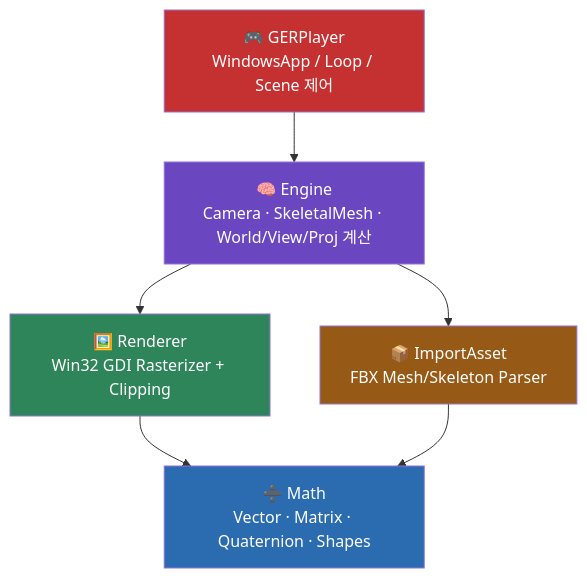
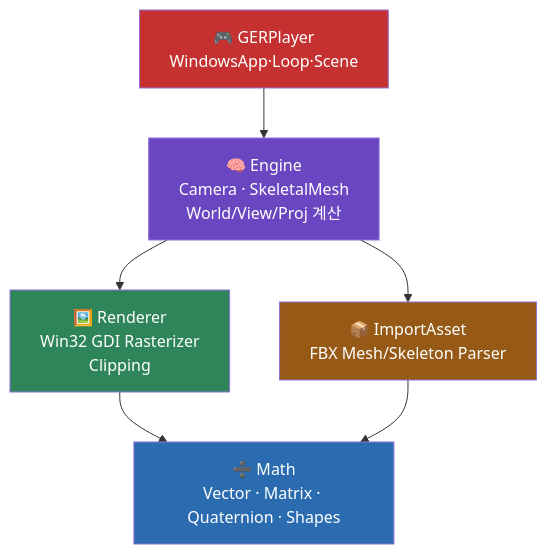
One commit to knkevol/GameEngine_Rendering changed the diagram in README.md. Above: the diagram before and after it, drawn with Mermaid. The commit also changed other lines of this file, not shown here.

````diff
--- a/README.md
+++ b/README.md
@@ -41,15 +42,15 @@
 ```mermaid
 graph TD
-    Player["🎮 GERPlayer<br/>WindowsApp / Loop / Scene 제어"] --> Engine
-    Engine["🧠 Engine<br/>Camera · SkeletalMesh · World/View/Proj 계산"] --> Renderer
+    Player["🎮 GERPlayer<br/>WindowsApp·Loop·Scene"] --> Engine
+    Engine["🧠 Engine<br/>Camera · SkeletalMesh<br/> World/View/Proj 계산"] --> Renderer
     Engine --> ImportAsset
-    Renderer["🖼️ Renderer<br/>Win32 GDI Rasterizer + Clipping"] --> Math
+    Renderer["🖼️ Renderer<br/>Win32 GDI Rasterizer<br/>Clipping"] --> Math
     ImportAsset["📦 ImportAsset<br/>FBX Mesh/Skeleton Parser"] --> Math
     Math["➗ Math<br/>Vector · Matrix · Quaternion · Shapes"]
 
     style Math fill:#2b6cb0,color:#fff
     style Renderer fill:#2f855a,color:#fff
     style ImportAsset fill:#975a16,color:#fff
     style Engine fill:#6b46c1,color:#fff
     style Player fill:#c53030,color:#fff
 ```
````
